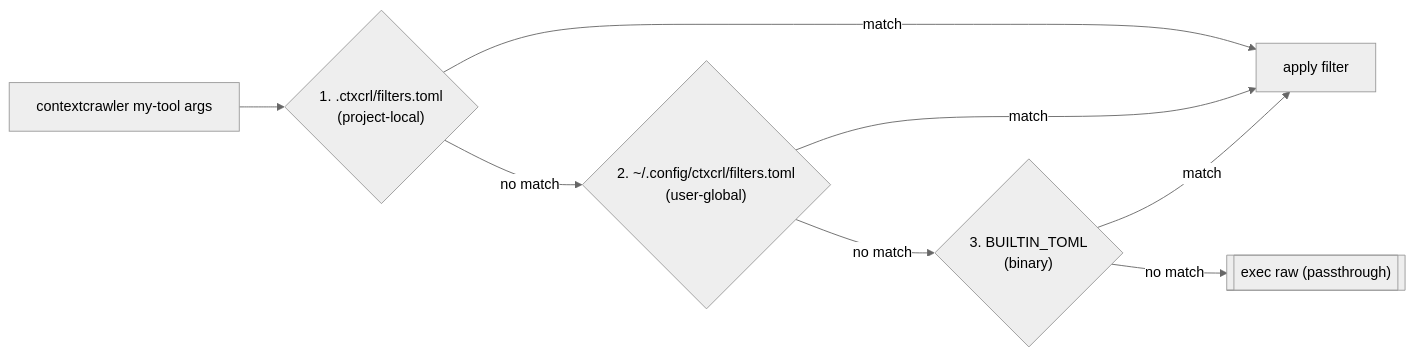
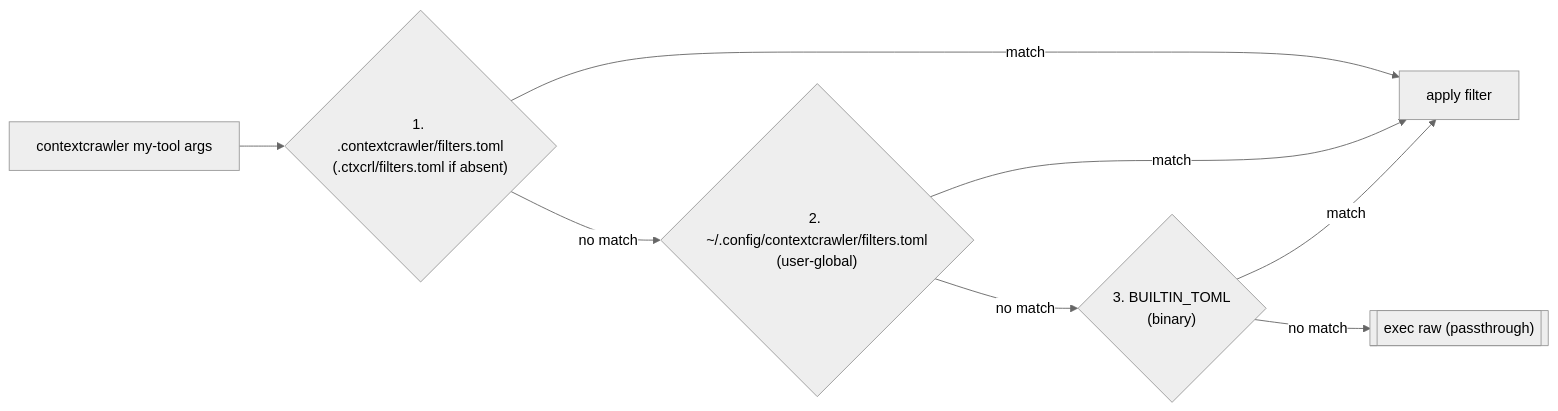
One commit to thehoff/contextcrawler changed the second of 2 diagrams in src/filters/README.md. Above: the diagram before and after it, drawn with Mermaid (neutral theme). The commit also changed other lines of this file and 11 other files, not shown here.

First line of the commit message:
fix: load project filters from the directory migration already writes

````diff
--- a/src/filters/README.md
+++ b/src/filters/README.md
@@ -104,13 +104,13 @@
 ```mermaid
 flowchart LR
     CMD["contextcrawler my-tool args"] --> P1
-    P1{"1. .ctxcrl/filters.toml\n(project-local)"}
+    P1{"1. .contextcrawler/filters.toml\n(.ctxcrl/filters.toml if absent)"}
     P1 -->|"match"| WIN["apply filter"]
     P1 -->|"no match"| P2
-    P2{"2. ~/.config/ctxcrl/filters.toml\n(user-global)"}
+    P2{"2. ~/.config/contextcrawler/filters.toml\n(user-global)"}
     P2 -->|"match"| WIN
     P2 -->|"no match"| P3
     P3{"3. BUILTIN_TOML\n(binary)"}
     P3 -->|"match"| WIN
     P3 -->|"no match"| P4[["exec raw (passthrough)"]]
 ```
````
